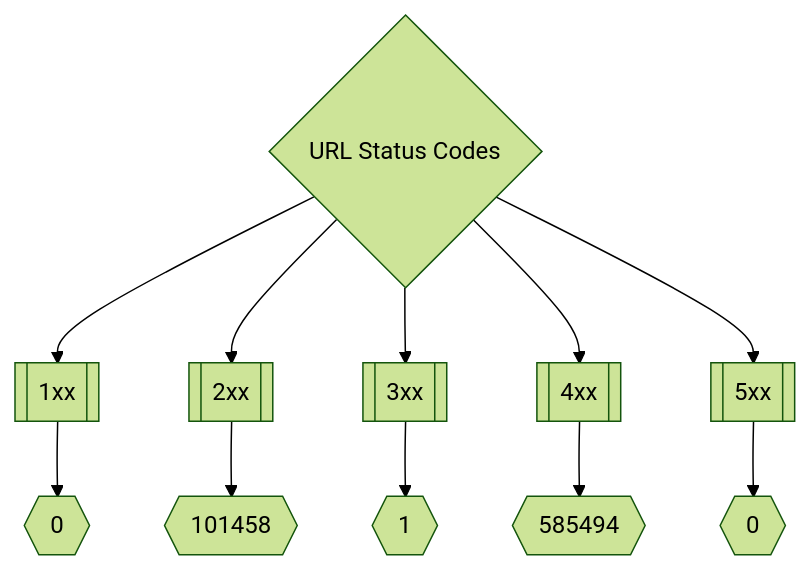
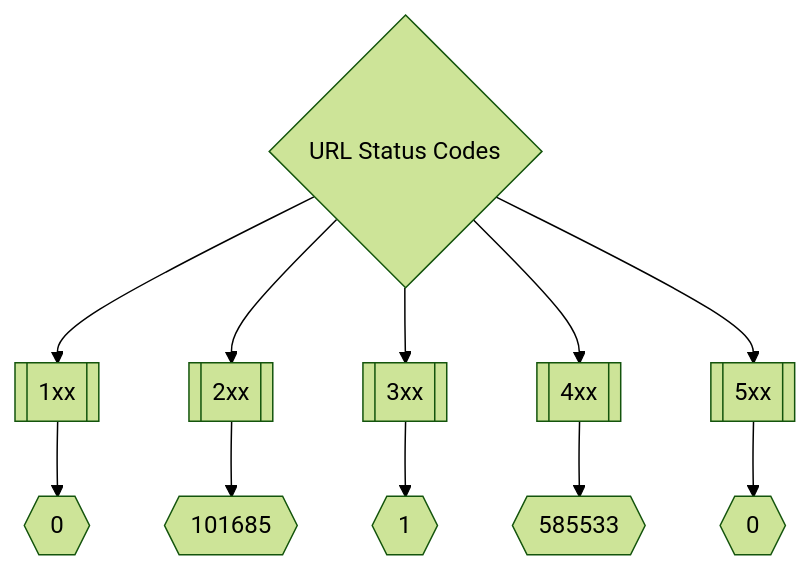
The second of 3 diagrams in README.md (trickest/inventory), drawn with Mermaid (forest theme) before and after one commit. The commit also changed other lines of this file, not shown here.

Commit message:
Update README.md Sun Jul 31 21:22:14 UTC 2022

````diff
--- a/README.md
+++ b/README.md
@@ -175,8 +175,8 @@
 ```mermaid
 graph TD
 title{URL Status Codes} --> 1xx[[1xx]] --> status1xxNum{{0}}
-title --> 2xx[[2xx]] --> status2xxNum{{101458}}
+title --> 2xx[[2xx]] --> status2xxNum{{101685}}
 title --> 3xx[[3xx]] --> status3xxNum{{1}}
-title --> 4xx[[4xx]] --> status4xxNum{{585494}}
+title --> 4xx[[4xx]] --> status4xxNum{{585533}}
 title --> 5xx[[5xx]] --> status5xxNum{{0}}
 ```
````
